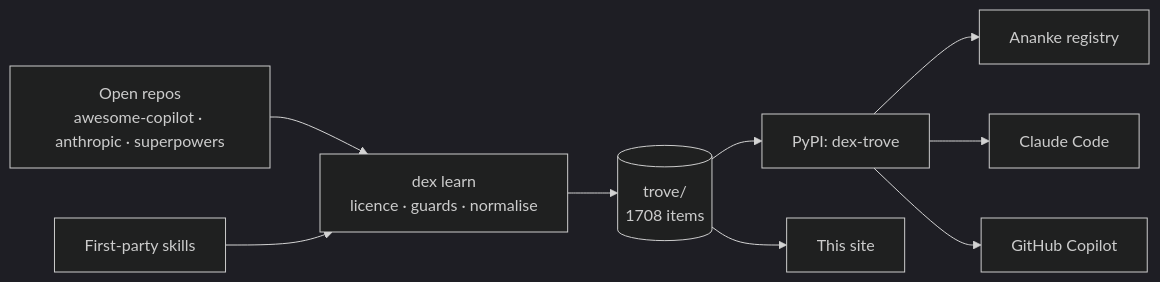
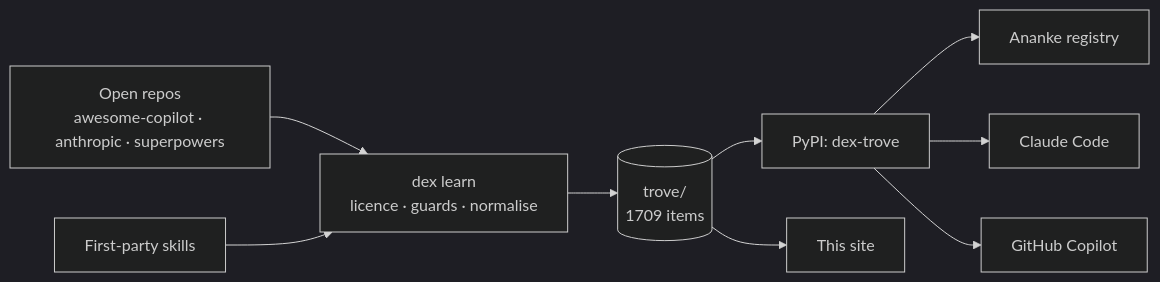
Before and after one commit to Neo-Pragnya/Dex-Trove: the diagram in docs/index.md, drawn with Mermaid (dark theme). The commit also changed 23 other files, not shown here.

````diff
--- a/docs/index.md
+++ b/docs/index.md
@@ -17,11 +17,11 @@
 ```mermaid
 flowchart LR
   U[Open repos<br/>awesome-copilot · anthropic · superpowers] --> L[dex learn<br/>licence · guards · normalise]
   F[First-party skills] --> L
-  L --> T[(trove/<br/>1708 items)]
+  L --> T[(trove/<br/>1709 items)]
   T --> P[PyPI: dex-trove]
   P --> A[Ananke registry]
   P --> C[Claude Code]
   P --> G[GitHub Copilot]
   T --> W[This site]
 ```
````
